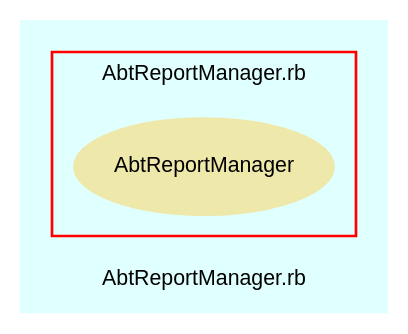
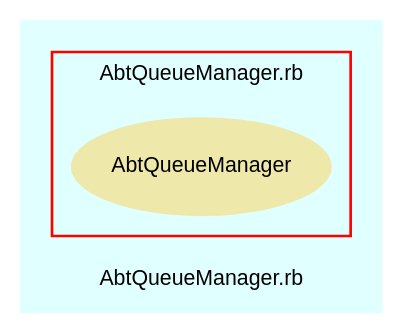
One commit to eschabell/abtlinux changed the diagram in src/trunk/doc/dot/f_5.dot. Above: the diagram before and after it, drawn with Graphviz. The commit also changed 52 other files, not shown here.

```diff
--- a/src/trunk/doc/dot/f_5.dot
+++ b/src/trunk/doc/dot/f_5.dot
@@ -1,28 +1,28 @@
 digraph TopLevel {
     compound = true
     bgcolor = lightcyan1
     fontname = Arial
     fontsize = 8
-    label = "AbtReportManager.rb"
+    label = "AbtQueueManager.rb"
     node [
         fontname = Arial,
         fontsize = 8,
         color = black
     ]
 
     subgraph cluster_6 {
         fontname = Arial
         color = red
-        label = "AbtReportManager.rb"
-        AbtReportManager [
+        label = "AbtQueueManager.rb"
+        AbtQueueManager [
             fontcolor = black,
-            URL = "classes/AbtReportManager.html",
+            URL = "classes/AbtQueueManager.html",
             shape = ellipse,
             color = palegoldenrod,
             style = filled,
-            label = "AbtReportManager"
+            label = "AbtQueueManager"
         ]
 
     }
 
 }
```
